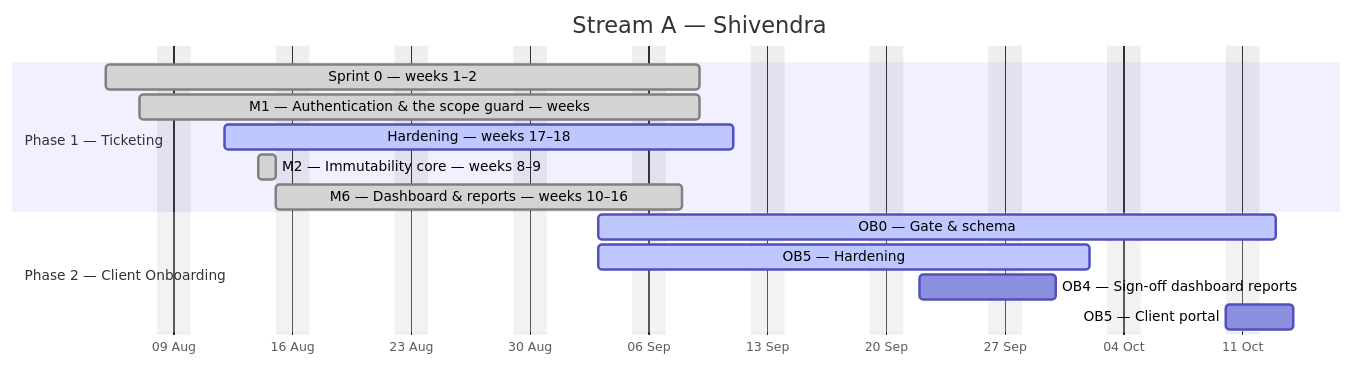
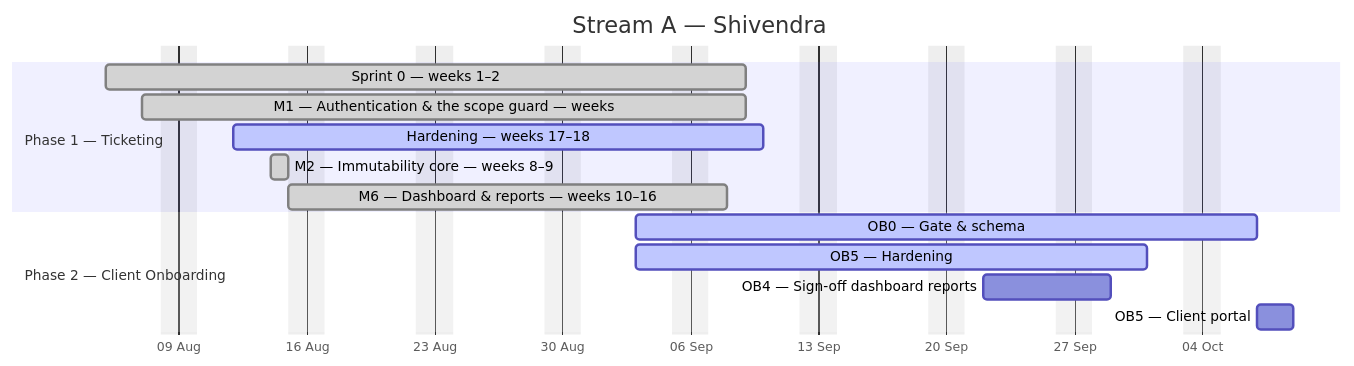
One commit to debashisedunext/EduTrack changed the first of 4 diagrams in docs/plan/GANTT.md. Above: the diagram before and after it, drawn with Mermaid. The commit also changed other lines of this file and 2 other files, not shown here.

````diff
--- a/docs/plan/GANTT.md
+++ b/docs/plan/GANTT.md
@@ -132,18 +132,18 @@
 ```mermaid
 gantt
     dateFormat YYYY-MM-DD
     axisFormat %d %b
     title Stream A — Shivendra
     excludes weekends
     section Phase 1 — Ticketing
     Sprint 0 — weeks 1–2 :done, a0, 2026-08-05, 25d
     M1 — Authentication & the scope guard — weeks :done, a1, 2026-08-07, 23d
-    Hardening — weeks 17–18 :active, a2, 2026-08-12, 22d
+    Hardening — weeks 17–18 :active, a2, 2026-08-12, 21d
     M2 — Immutability core — weeks 8–9 :done, a3, 2026-08-14, 1d
     M6 — Dashboard & reports — weeks 10–16 :done, a4, 2026-08-15, 17d
     section Phase 2 — Client Onboarding
-    OB0 — Gate & schema :active, a5, 2026-09-03, 28d
-    OB5 — Hardening :active, a6, 2026-09-03, 21d
-    OB4 — Sign-off  dashboard  reports :a7, 2026-09-22, 6d
-    OB5 — Client portal :a8, 2026-10-10, 3d
+    OB0 — Gate & schema :active, a5, 2026-09-03, 24d
+    OB5 — Hardening :active, a6, 2026-09-03, 20d
+    OB4 — Sign-off  dashboard  reports :a7, 2026-09-22, 5d
+    OB5 — Client portal :a8, 2026-10-07, 2d
 ```
````
